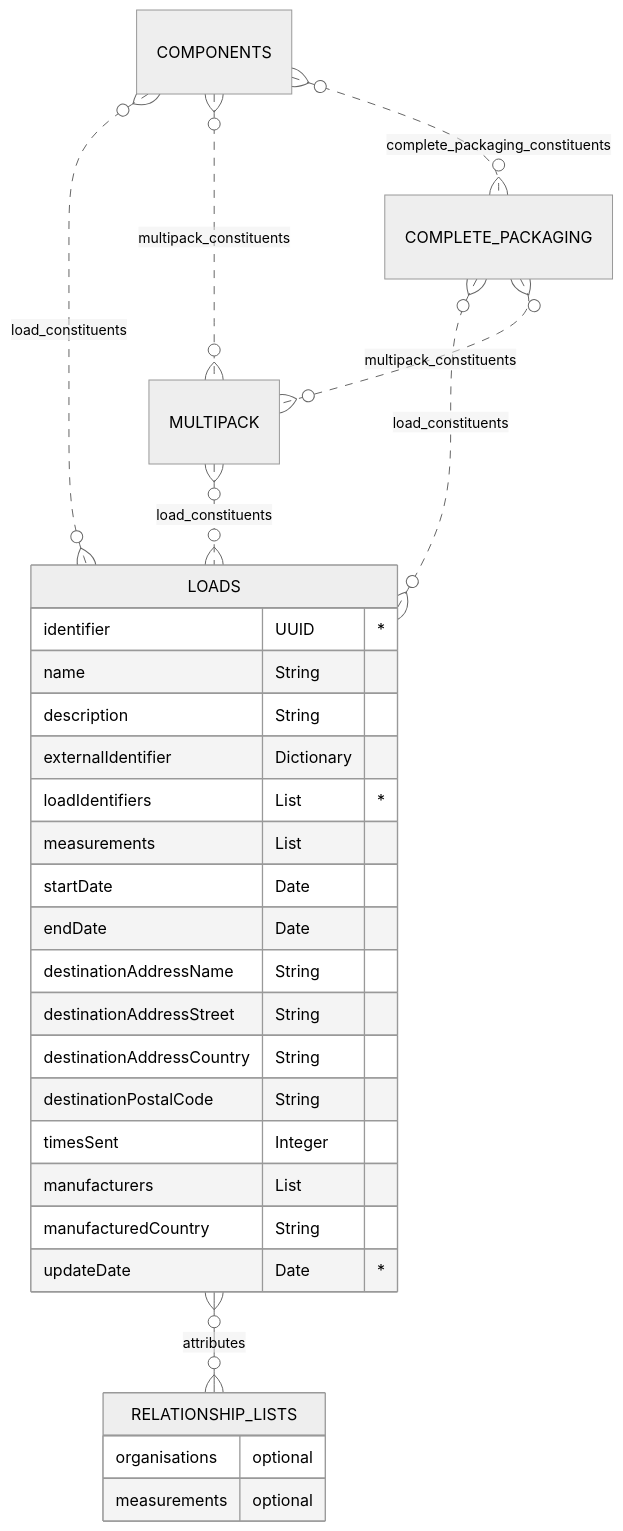
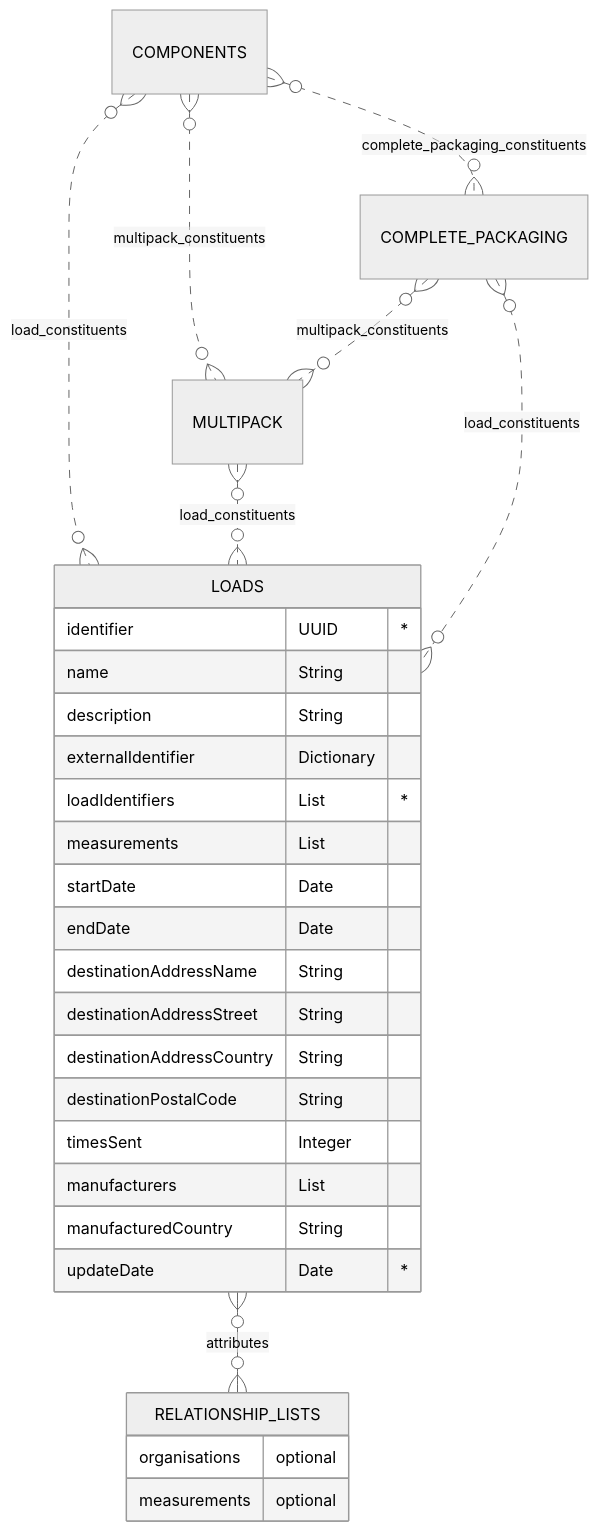
The first of 2 diagrams in docs/3_Data_Specification/3_7_Load.md (OpenDataManchester/Open3P), drawn with Mermaid (neutral theme) before and after one commit. The commit also changed other lines of this file, not shown here.

Commit message:
Tweak load ERD

````diff
--- a/docs/3_Data_Specification/3_7_Load.md
+++ b/docs/3_Data_Specification/3_7_Load.md
@@ -34,32 +34,32 @@
 ``` mermaid
 erDiagram
-COMPLETE_PACKAGING }o..o{ LOADS : load_constituents
 COMPONENTS }o..o{ LOADS : load_constituents
 MULTIPACK }o..o{ LOADS : load_constituents
 COMPONENTS }o..o{ MULTIPACK : multipack_constituents
 COMPLETE_PACKAGING }o..o{ MULTIPACK : multipack_constituents
+COMPLETE_PACKAGING }o..o{ LOADS : load_constituents
 COMPONENTS }o..o{ COMPLETE_PACKAGING : complete_packaging_constituents
   LOADS {
     identifier UUID "*"
     name String
     description String
     externalIdentifier Dictionary
     loadIdentifiers List "*"
     measurements List
     startDate Date
     endDate Date
     destinationAddressName String
     destinationAddressStreet String
     destinationAddressCountry String
     destinationPostalCode String
     timesSent Integer
     manufacturers List
     manufacturedCountry String
     updateDate Date "*"
   }
   LOADS }o--o{ RELATIONSHIP_LISTS : attributes
   RELATIONSHIP_LISTS {
       organisations optional
       measurements optional
     }
 ```
````
